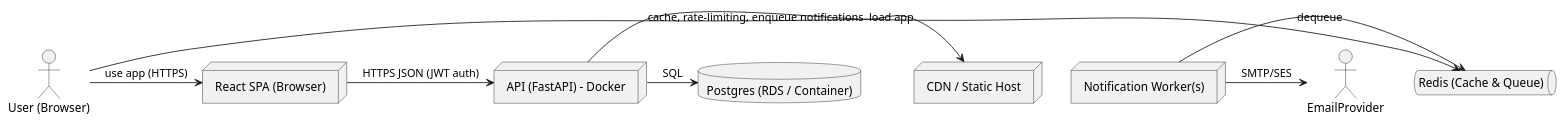
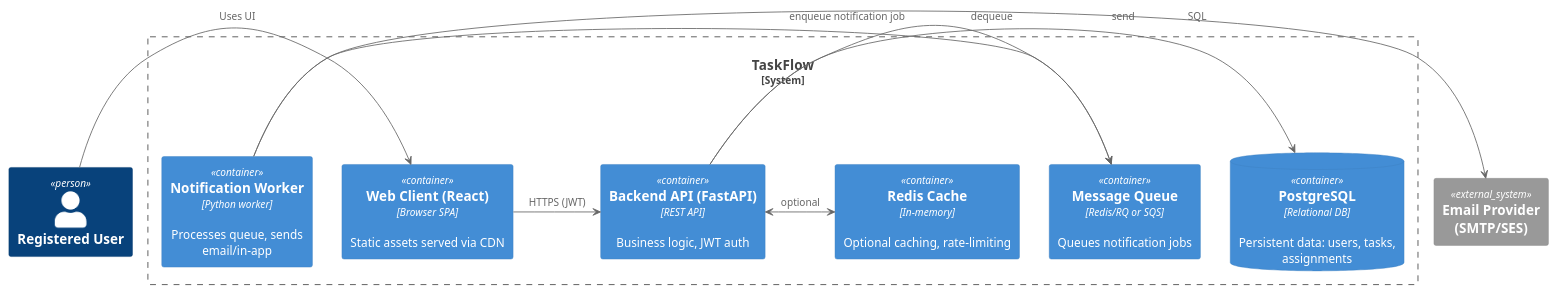
One commit to Chaman532003/framework changed the second of 3 diagrams in artifacts/architecture/architecture.md. Above: the diagram before and after it, drawn with PlantUML. The commit also changed other lines of this file, not shown here.

Commit message:
[Propel IQ] Generate create_architecture

````diff
--- a/artifacts/architecture/architecture.md
+++ b/artifacts/architecture/architecture.md
@@ -104,18 +74,22 @@
 ```plantuml
 @startuml
-actor "User (Browser)" as User
-node "CDN / Static Host" as CDN
-node "React SPA (Browser)" as SPA
-node "API (FastAPI) - Docker" as API
-database "Postgres (RDS / Container)" as PG
-queue "Redis (Cache & Queue)" as REDIS
-node "Notification Worker(s)" as WORKER
-User -> CDN : load app
-User -> SPA : use app (HTTPS)
-SPA -> API : HTTPS JSON (JWT auth)
-API -> PG : SQL
-API -> REDIS : cache, rate-limiting, enqueue notifications
-WORKER -> REDIS : dequeue
-WORKER -> EmailProvider : SMTP/SES
+!include https://raw.githubusercontent.com/plantuml-stdlib/C4-PlantUML/master/C4_Container.puml
+Person(user,"Registered User")
+System_Boundary(taskflow,"TaskFlow") {
+  Container(web,"Web Client (React)","Browser SPA","Static assets served via CDN")
+  Container(api,"Backend API (FastAPI)","REST API","Business logic, JWT auth")
+  Container(worker,"Notification Worker","Python worker","Processes queue, sends email/in-app")
+  ContainerDb(db,"PostgreSQL","Relational DB","Persistent data: users, tasks, assignments")
+  Container(queue,"Message Queue","Redis/RQ or SQS","Queues notification jobs")
+  Container(cache,"Redis Cache","In-memory","Optional caching, rate-limiting")
+}
+System_Ext(email,"Email Provider (SMTP/SES)")
+user -> web : Uses UI
+web -> api : HTTPS (JWT)
+api -> db : SQL
+api -> queue : enqueue notification job
+worker -> queue : dequeue
+worker -> email : send
+api <-> cache : optional
 @enduml
 ```
````
